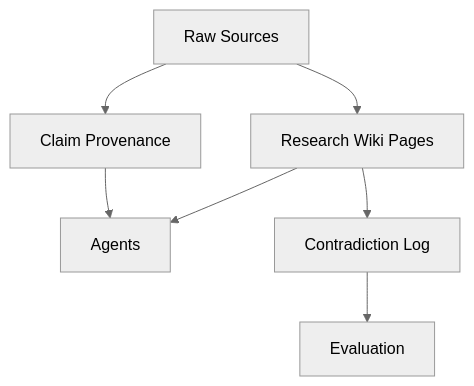
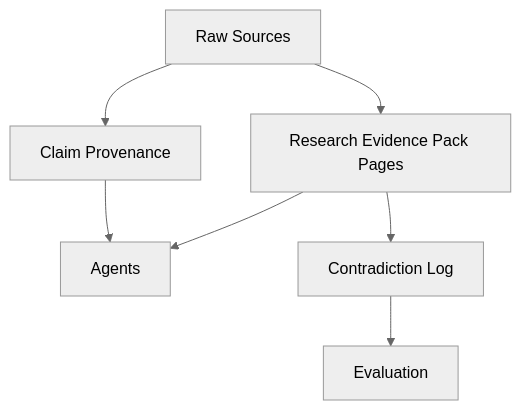
One commit to DancinAndrew/personal-finance-multi-agent-system changed the third of 3 diagrams in docs/architecture.md. Above: the diagram before and after it, drawn with Mermaid (neutral theme). The commit also changed other lines of this file and 20 other files, not shown here.

Commit message:
refactor: replace llm wiki naming with evidence pack

````diff
--- a/docs/architecture.md
+++ b/docs/architecture.md
@@ -46,9 +46,9 @@
 ```mermaid
 flowchart TB
-  Sources["Raw Sources"] --> WikiPages["Research Wiki Pages"]
+  Sources["Raw Sources"] --> EvidencePages["Research Evidence Pack Pages"]
   Sources --> Provenance["Claim Provenance"]
-  WikiPages --> Agents["Agents"]
+  EvidencePages --> Agents["Agents"]
   Provenance --> Agents
-  WikiPages --> Audit["Contradiction Log"]
+  EvidencePages --> Audit["Contradiction Log"]
   Audit --> Evaluation["Evaluation"]
 ```
````
